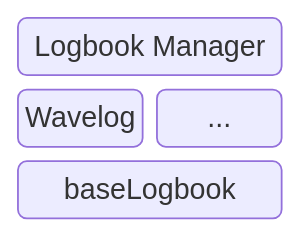
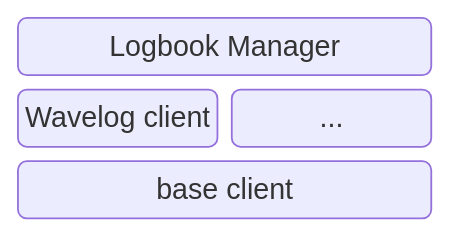
The second of 6 diagrams in docs/ARCHITECTURE.md (m2-eng/RigBridge), drawn with Mermaid before and after one commit. The commit also changed other lines of this file and 1 other file, not shown here.

````diff
--- a/docs/ARCHITECTURE.md
+++ b/docs/ARCHITECTURE.md
@@ -50,9 +60,9 @@
 ```mermaid
 block
   columns 2
 
   id_pm("Logbook Manager"):2
-  id_pm_civ("Wavelog")
+  id_pm_civ("Wavelog client")
   id_pm_others("... ")
-  id_tm_base("baseLogbook"):2
+  id_tm_base("base client"):2
 ```
````
